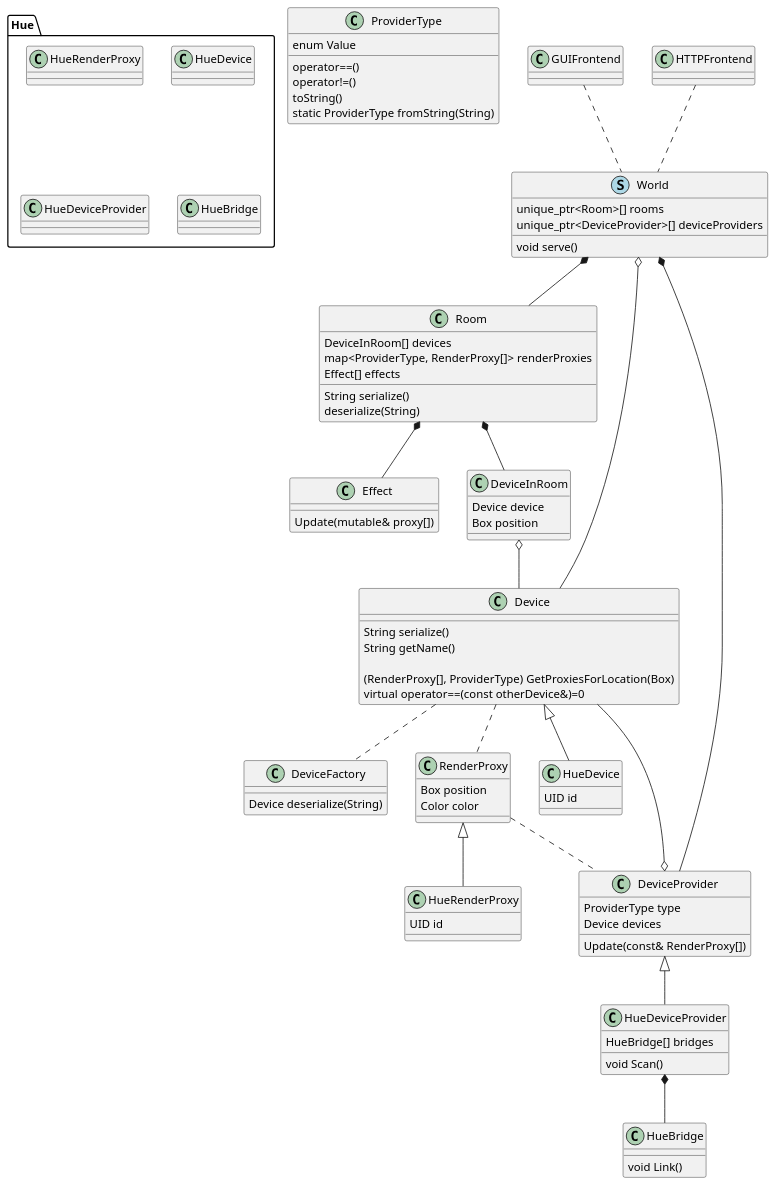
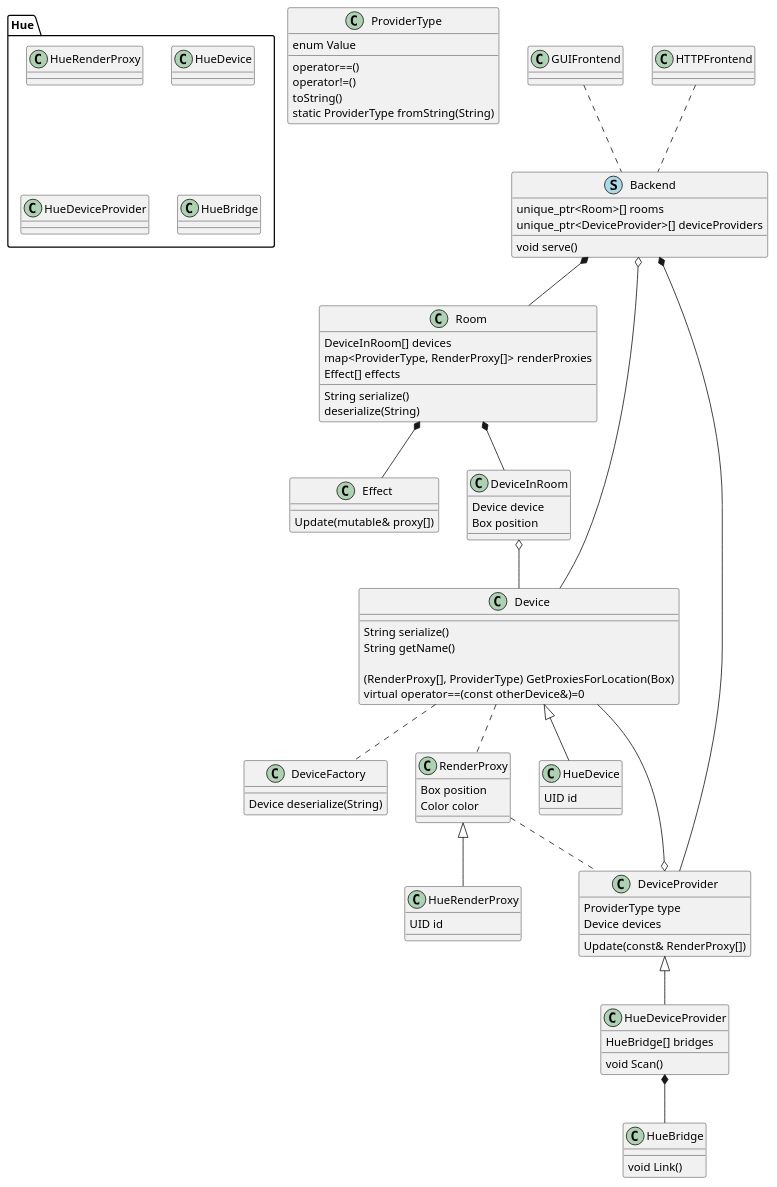
The diagram in class.plantuml (BradyBrenot/huestacean-design), drawn with PlantUML before and after one commit. The commit also changed 2 other files, not shown here.

```diff
--- a/class.plantuml
+++ b/class.plantuml
@@ -1,119 +1,119 @@
 @startuml
 class ProviderType {
   enum Value
 
   operator==()
   operator!=()
   toString()
   static ProviderType fromString(String)
 }
 
-class World << (S, lightblue) >> {
+class Backend << (S, lightblue) >> {
   void serve()
 
   unique_ptr<Room>[] rooms
   unique_ptr<DeviceProvider>[] deviceProviders
 }
 
 class Effect {
   Update(mutable& proxy[])
 }
 
 class GUIFrontend {
 
 }
 
 class HTTPFrontend {
 
 }
 
 class Room {
   DeviceInRoom[] devices
   map<ProviderType, RenderProxy[]> renderProxies
   Effect[] effects
 
   String serialize()
   deserialize(String)
 }
 
 class DeviceInRoom {
   Device device
   Box position
 }
 
 class Device {
   String serialize()
   String getName()
 
   (RenderProxy[], ProviderType) GetProxiesForLocation(Box)
   virtual operator==(const otherDevice&)=0
 }
 
 class DeviceFactory {
   Device deserialize(String)
 }
 
 class RenderProxy {
   Box position
   Color color
 }
 
 class DeviceProvider {
   ProviderType type
   Device devices
 
   Update(const& RenderProxy[])
 }
 
-World o-- Device
-World *-- Room
-World *-- DeviceProvider
+Backend o-- Device
+Backend *-- Room
+Backend *-- DeviceProvider
 
 Device .. RenderProxy
 
 Device .. DeviceFactory
 
 DeviceInRoom o-- Device
 DeviceProvider o-- Device
 Room *-- DeviceInRoom
 Room *-- Effect
 
-GUIFrontend .. World
-HTTPFrontend .. World
+GUIFrontend .. Backend
+HTTPFrontend .. Backend
 
 RenderProxy .. DeviceProvider
 
 ' ==== Hue ====
 
 package Hue {
   class HueRenderProxy
   class HueDevice
   class HueDeviceProvider
   class HueBridge
 }
 
 class HueDevice {
   UID id
 }
 
 class HueRenderProxy {
   UID id
 }
 
 class HueDeviceProvider {
   HueBridge[] bridges
 
   void Scan()
 }
 
 class HueBridge {
   void Link()
 }
 
 HueDeviceProvider *-- HueBridge
 
 RenderProxy <|-- HueRenderProxy
 Device <|-- HueDevice
 DeviceProvider <|-- HueDeviceProvider
 
 @enduml
```
